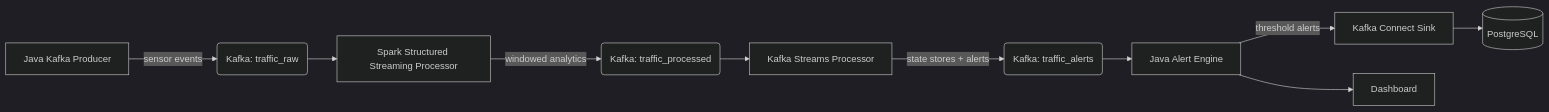
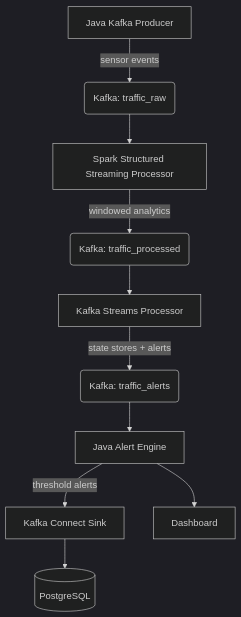
One commit to pbaletkeman/traffic-alerts changed the diagram in README.md. Above: the diagram before and after it, drawn with Mermaid (dark theme).

Commit message:
update diagram orientation

````diff
--- a/README.md
+++ b/README.md
@@ -50,12 +50,12 @@
 ```mermaid
-flowchart LR
+flowchart
     A[Java Kafka Producer] -->|sensor events| B(Kafka: traffic_raw)
     B --> C[Spark Structured Streaming Processor]
     C -->|windowed analytics| D(Kafka: traffic_processed)
     D --> E[Kafka Streams Processor]
     E -->|state stores + alerts| F(Kafka: traffic_alerts)
     F --> G[Java Alert Engine]
     G -->|threshold alerts| H[Kafka Connect Sink]
     H --> I[(PostgreSQL)]
     G --> J[Dashboard]
 ```
````
